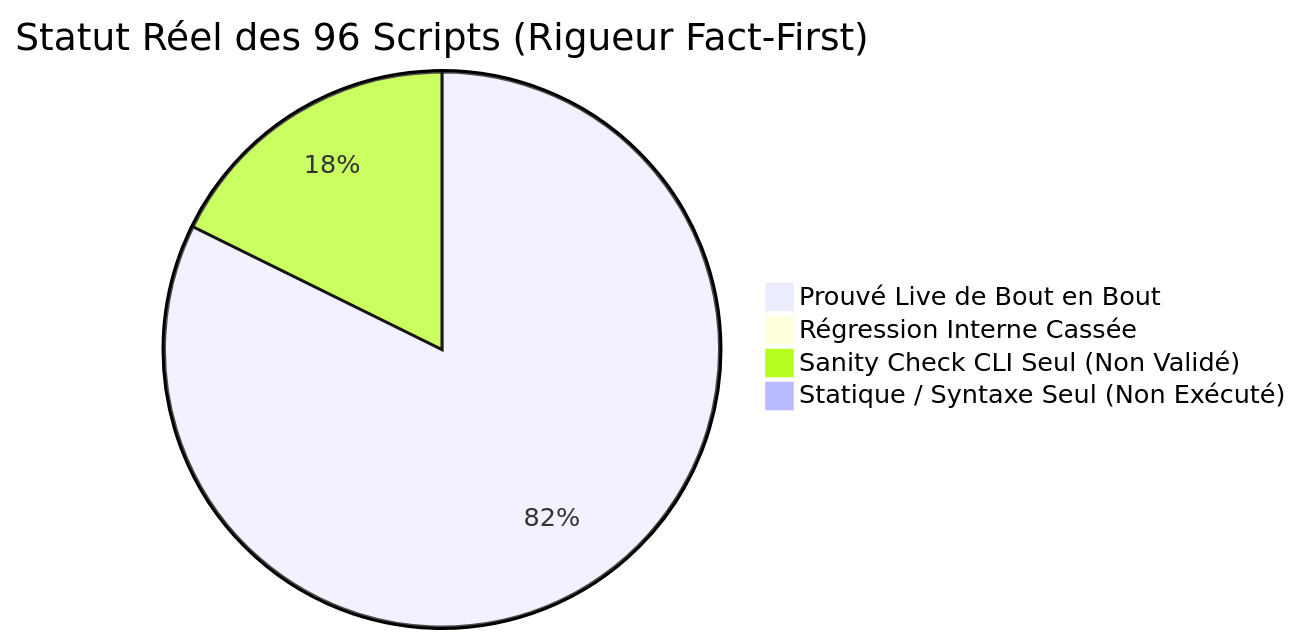
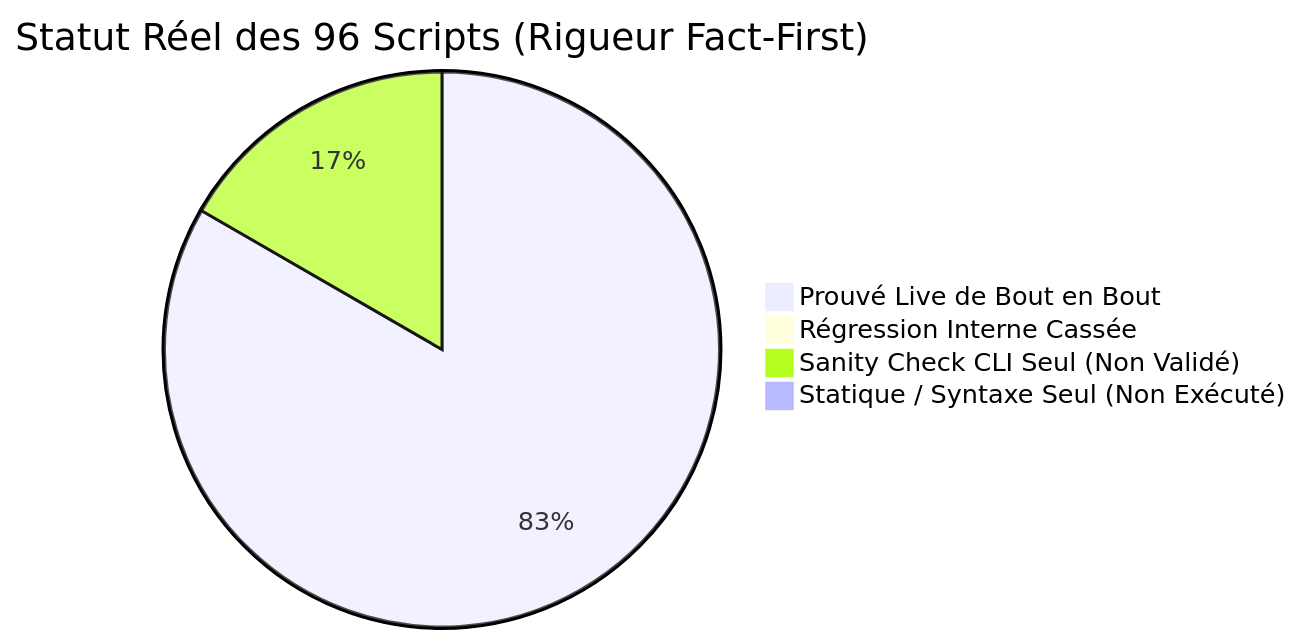
One commit to yoyonel/pydbsrt changed the diagram in docs/reference/2026-11-10-audit-exhaustif-scripts-regressions.md. Above: the diagram before and after it, drawn with Mermaid. The commit also changed other lines of this file and 2 other files, not shown here.

Commit message:
fix(ingestion): dynamic root, absolute paths and cli check mode in backfill medias pg (#69)

````diff
--- a/docs/reference/2026-11-10-audit-exhaustif-scripts-regressions.md
+++ b/docs/reference/2026-11-10-audit-exhaustif-scripts-regressions.md
@@ -16,7 +16,7 @@
 ```mermaid
 pie title Statut Réel des 96 Scripts (Rigueur Fact-First)
-    "Prouvé Live de Bout en Bout" : 79
+    "Prouvé Live de Bout en Bout" : 80
     "Régression Interne Cassée" : 0
-    "Sanity Check CLI Seul (Non Validé)" : 17
+    "Sanity Check CLI Seul (Non Validé)" : 16
     "Statique / Syntaxe Seul (Non Exécuté)" : 0
 ```
````
